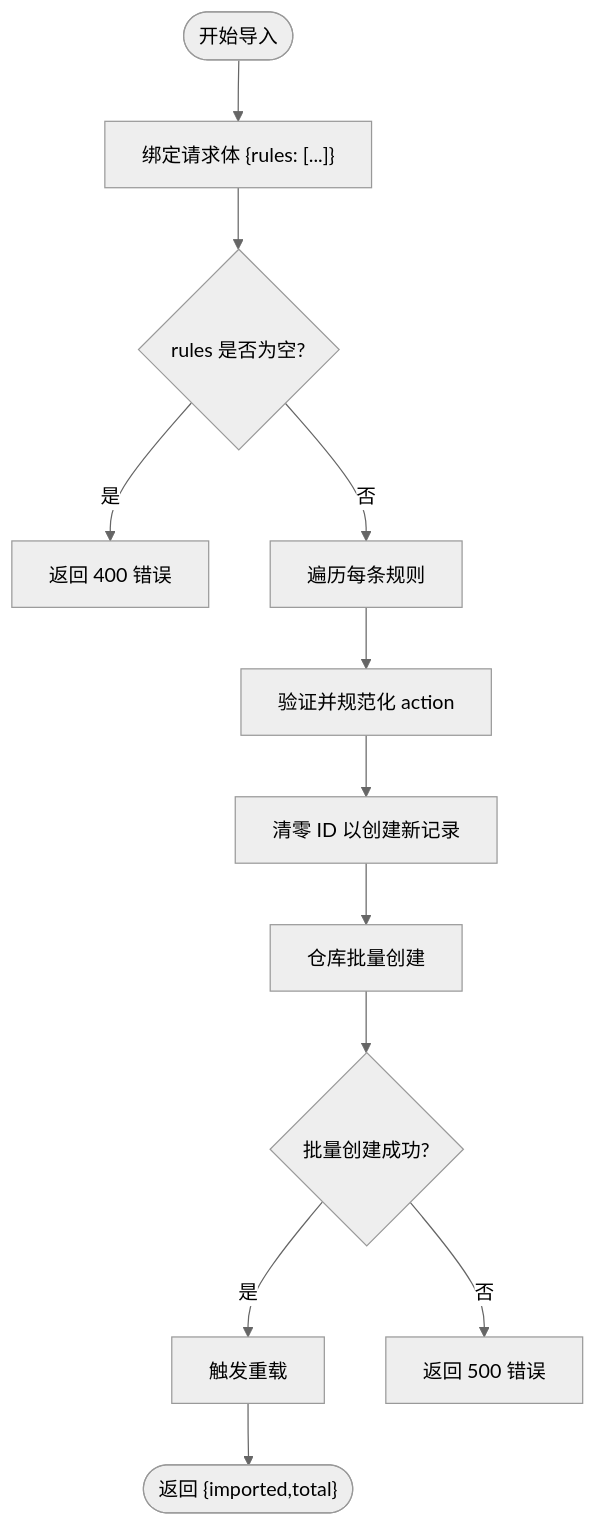
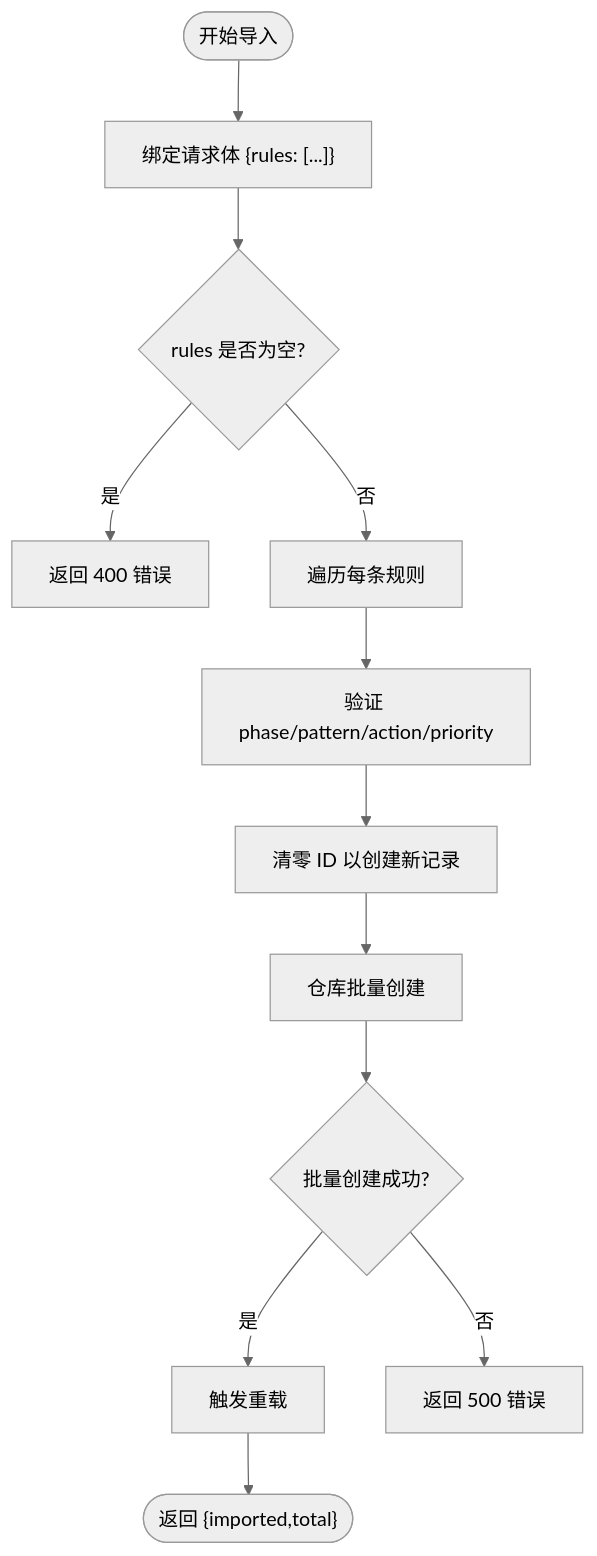
Before and after one commit to x01n/My-OpenWaf: the fourth of 9 diagrams in docs/管理 API 系统/规则管理 API/规则导入导出.md, drawn with Mermaid (neutral theme). The commit also changed other lines of this file and 354 other files, not shown here.

````diff
--- a/docs/管理 API 系统/规则管理 API/规则导入导出.md
+++ b/docs/管理 API 系统/规则管理 API/规则导入导出.md
@@ -200,14 +202,14 @@
 ```mermaid
 flowchart TD
 Start(["开始导入"]) --> Bind["绑定请求体 {rules: [...]}"]
 Bind --> Valid{"rules 是否为空?"}
 Valid --> |是| Err400["返回 400 错误"]
 Valid --> |否| Loop["遍历每条规则"]
-Loop --> ValidateAction["验证并规范化 action"]
+Loop --> ValidateAction["验证 phase/pattern/action/priority"]
 ValidateAction --> ClearID["清零 ID 以创建新记录"]
 ClearID --> BatchCreate["仓库批量创建"]
 BatchCreate --> Ok{"批量创建成功?"}
 Ok --> |是| Reload["触发重载"]
 Ok --> |否| Return500["返回 500 错误"]
 Reload --> Done(["返回 {imported,total}"])
 ```
````
